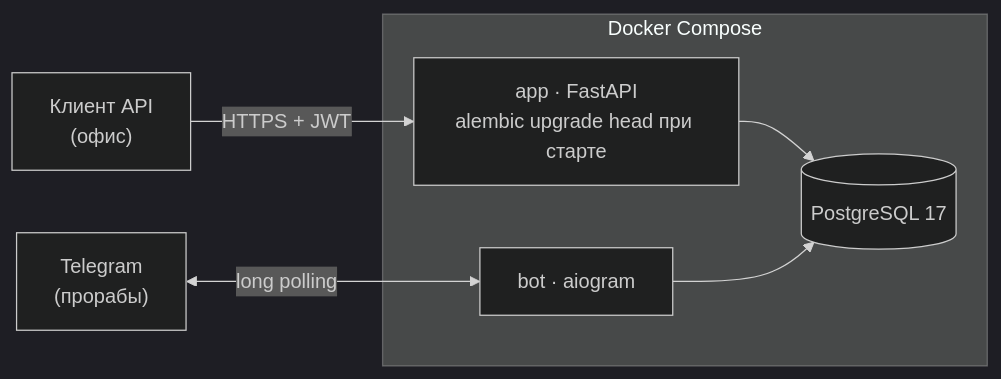
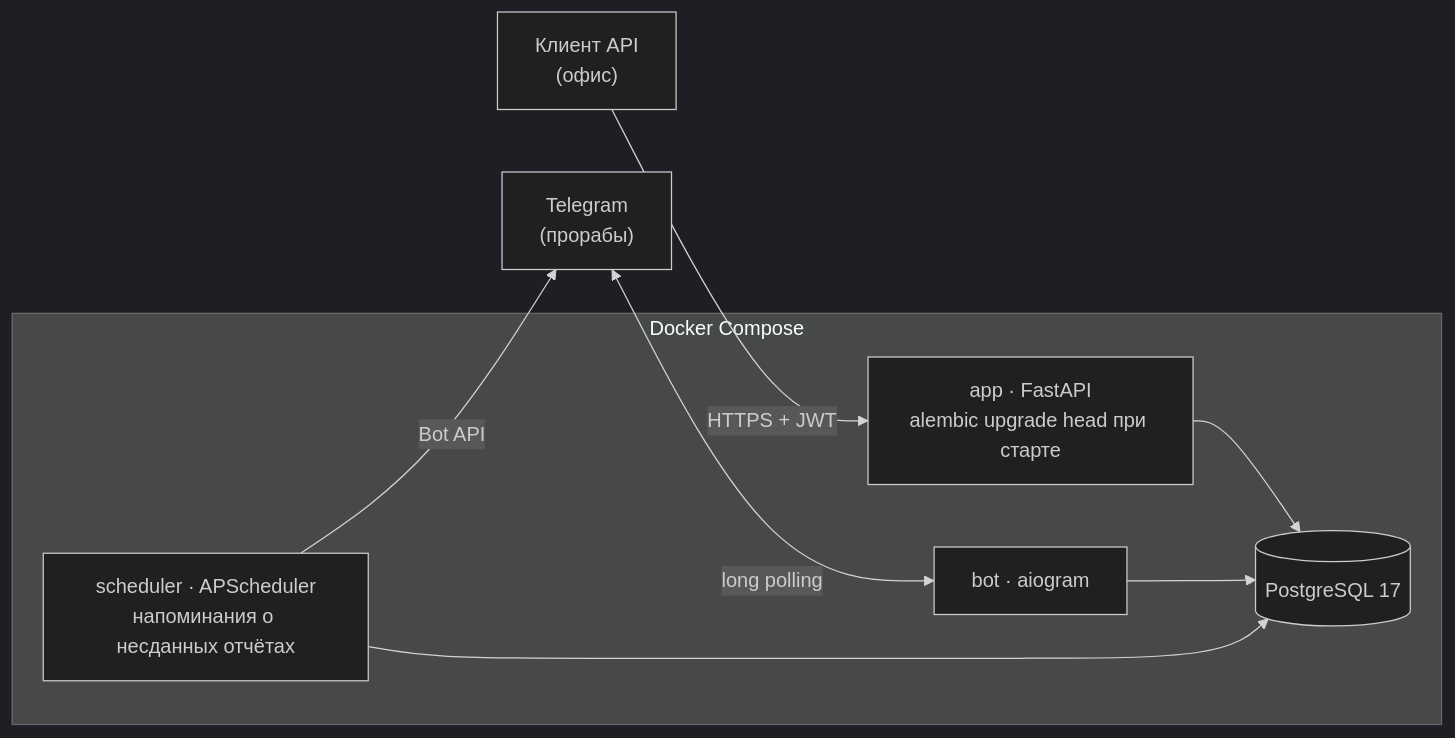
The first of 2 diagrams in README.md (sa1vador77/stroy-track), drawn with Mermaid (dark theme) before and after one commit. The commit also changed other lines of this file and 10 other files, not shown here.

````diff
--- a/README.md
+++ b/README.md
@@ -38,10 +38,12 @@
 ```mermaid
 flowchart LR
     client["Клиент API<br/>(офис)"] -- "HTTPS + JWT" --> app
     tg["Telegram<br/>(прорабы)"] <-- "long polling" --> bot
 
     subgraph compose["Docker Compose"]
         app["app · FastAPI<br/>alembic upgrade head при старте"] --> pg[("PostgreSQL 17")]
         bot["bot · aiogram"] --> pg
+        sch["scheduler · APScheduler<br/>напоминания о несданных отчётах"] --> pg
     end
+    sch -- "Bot API" --> tg
 ```
````
